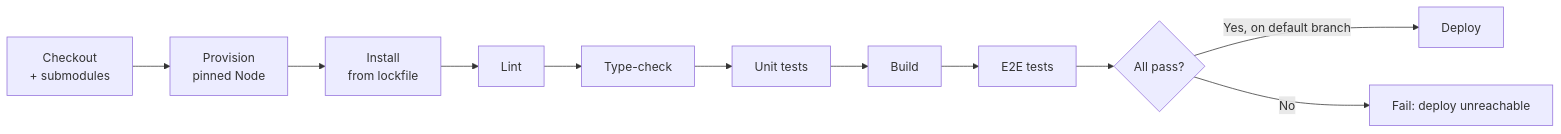
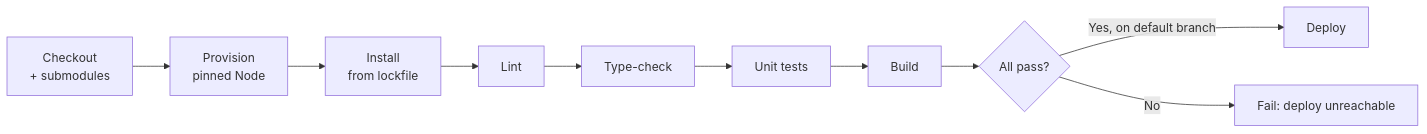
Before and after one commit to gjchentw/mmex-pwa: the third of 4 diagrams in openspec/changes/infrastructure-baseline/specs/infrastructure-baseline/spec.md, drawn with Mermaid. The commit also changed other lines of this file and 7 other files, not shown here.

````diff
--- a/openspec/changes/infrastructure-baseline/specs/infrastructure-baseline/spec.md
+++ b/openspec/changes/infrastructure-baseline/specs/infrastructure-baseline/spec.md
@@ -339,13 +339,12 @@
 ```mermaid
 flowchart LR
     A[Checkout<br/>+ submodules] --> B[Provision<br/>pinned Node]
     B --> C[Install<br/>from lockfile]
     C --> D[Lint]
     D --> E[Type-check]
     E --> F[Unit tests]
     F --> G[Build]
-    G --> H[E2E tests]
-    H --> I{All pass?}
+    G --> I{All pass?}
     I -->|Yes, on default branch| J[Deploy]
     I -->|No| K[Fail: deploy unreachable]
 ```
````
